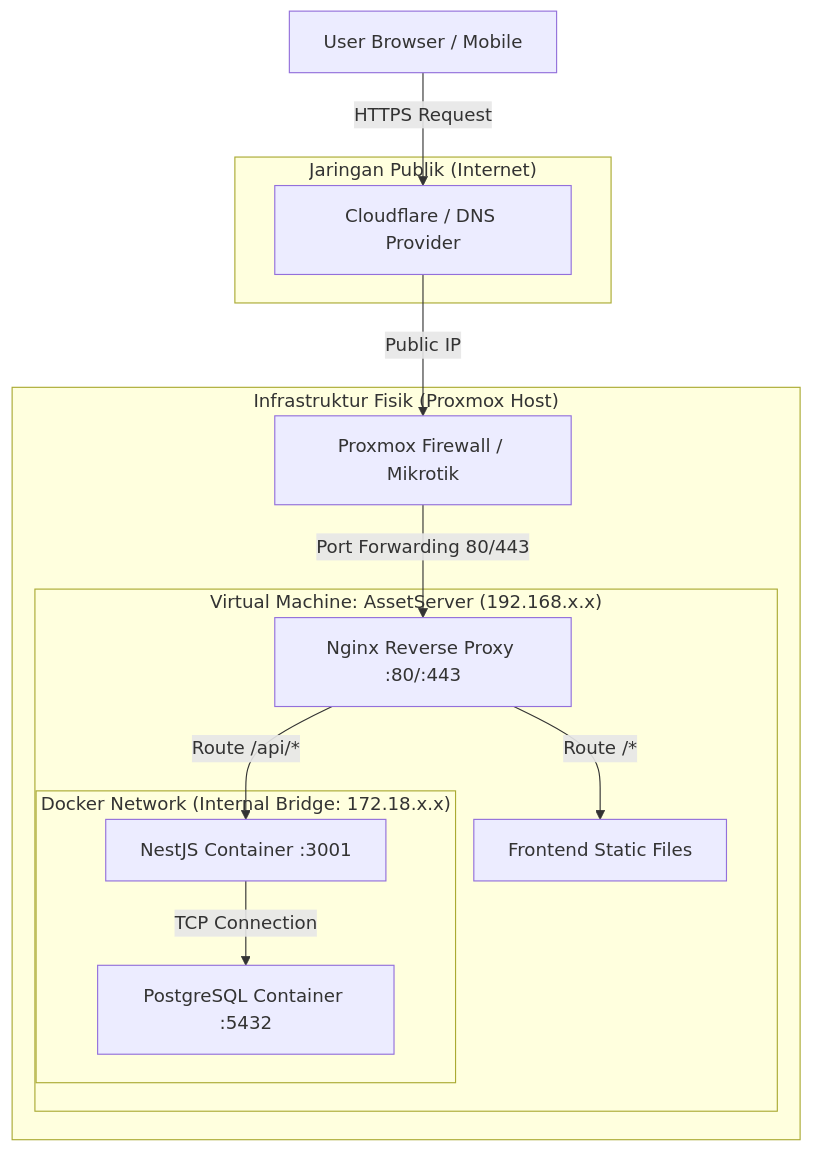
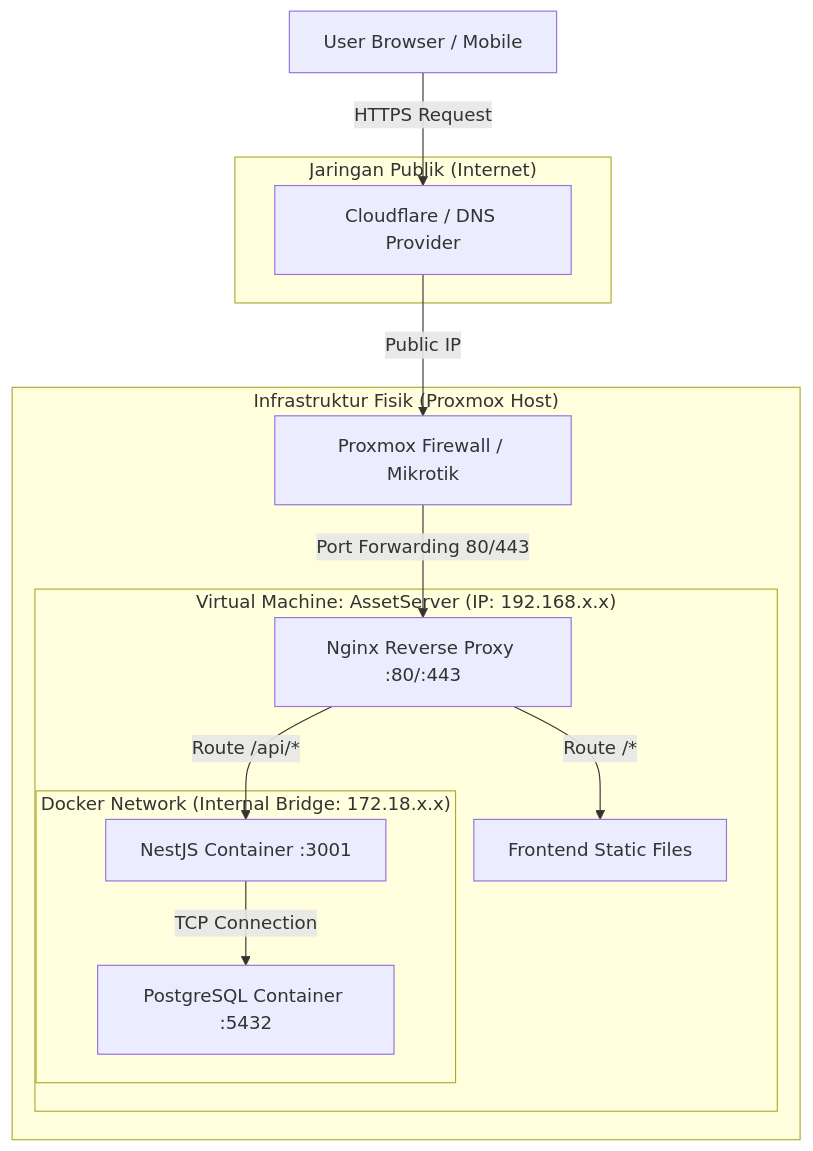
The diagram in Docs/04_OPERATIONS/INFRASTRUCTURE_AND_DEPLOYMENT.md (Asamaludi26/TrinityApps), drawn with Mermaid before and after one commit. The commit also changed other lines of this file and 3 other files, not shown here.

````diff
--- a/Docs/04_OPERATIONS/INFRASTRUCTURE_AND_DEPLOYMENT.md
+++ b/Docs/04_OPERATIONS/INFRASTRUCTURE_AND_DEPLOYMENT.md
@@ -11,31 +11,31 @@
 ```mermaid
 graph TD
     UserClient[User Browser / Mobile]
     
     subgraph "Jaringan Publik (Internet)"
         DNS[Cloudflare / DNS Provider]
     end
     
     subgraph "Infrastruktur Fisik (Proxmox Host)"
         Firewall[Proxmox Firewall / Mikrotik]
         
-        subgraph "Virtual Machine: AssetServer (192.168.x.x)"
+        subgraph "Virtual Machine: AssetServer (IP: 192.168.x.x)"
             Nginx[Nginx Reverse Proxy :80/:443]
             
             subgraph "Docker Network (Internal Bridge: 172.18.x.x)"
                 Backend[NestJS Container :3001]
                 DB[PostgreSQL Container :5432]
             end
             
             Static[Frontend Static Files]
         end
     end
     
     UserClient -->|HTTPS Request| DNS
     DNS -->|Public IP| Firewall
     Firewall -->|Port Forwarding 80/443| Nginx
     
     Nginx -->|Route /api/*| Backend
     Nginx -->|Route /*| Static
     Backend -->|TCP Connection| DB
 ```
````
